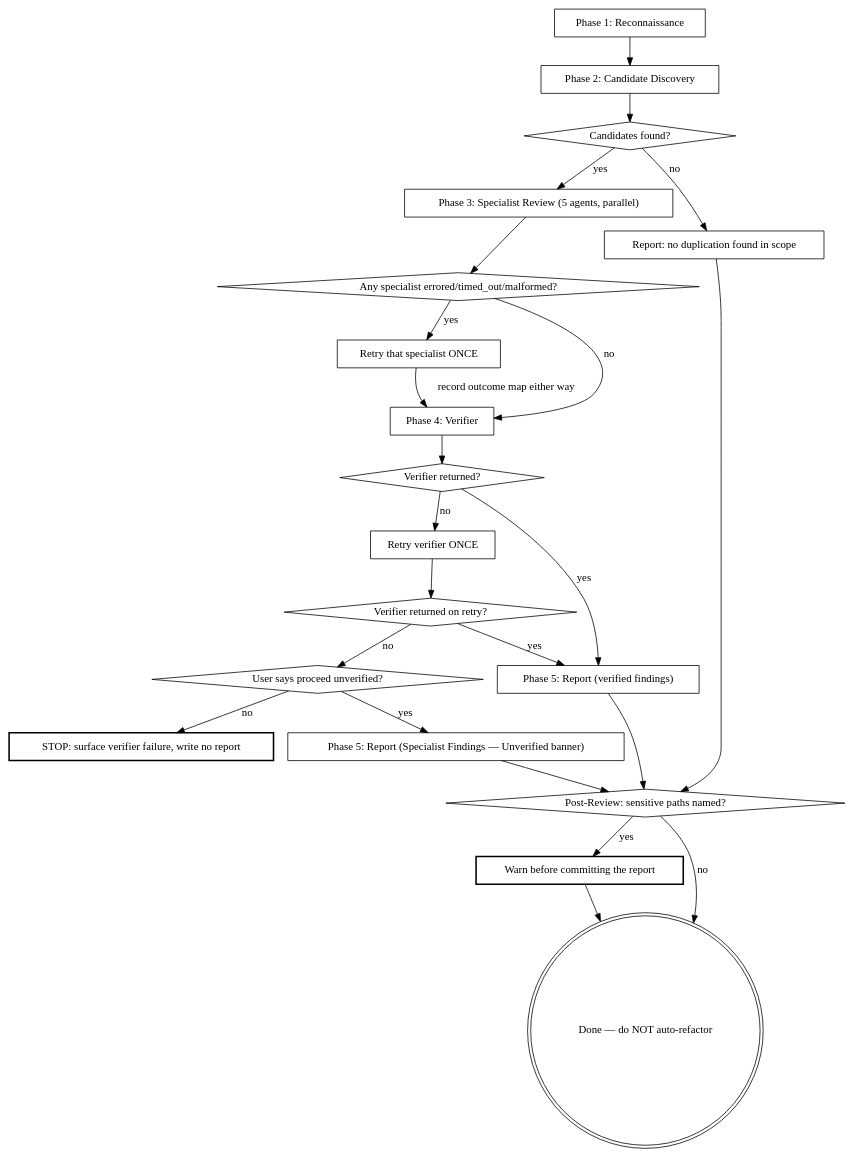
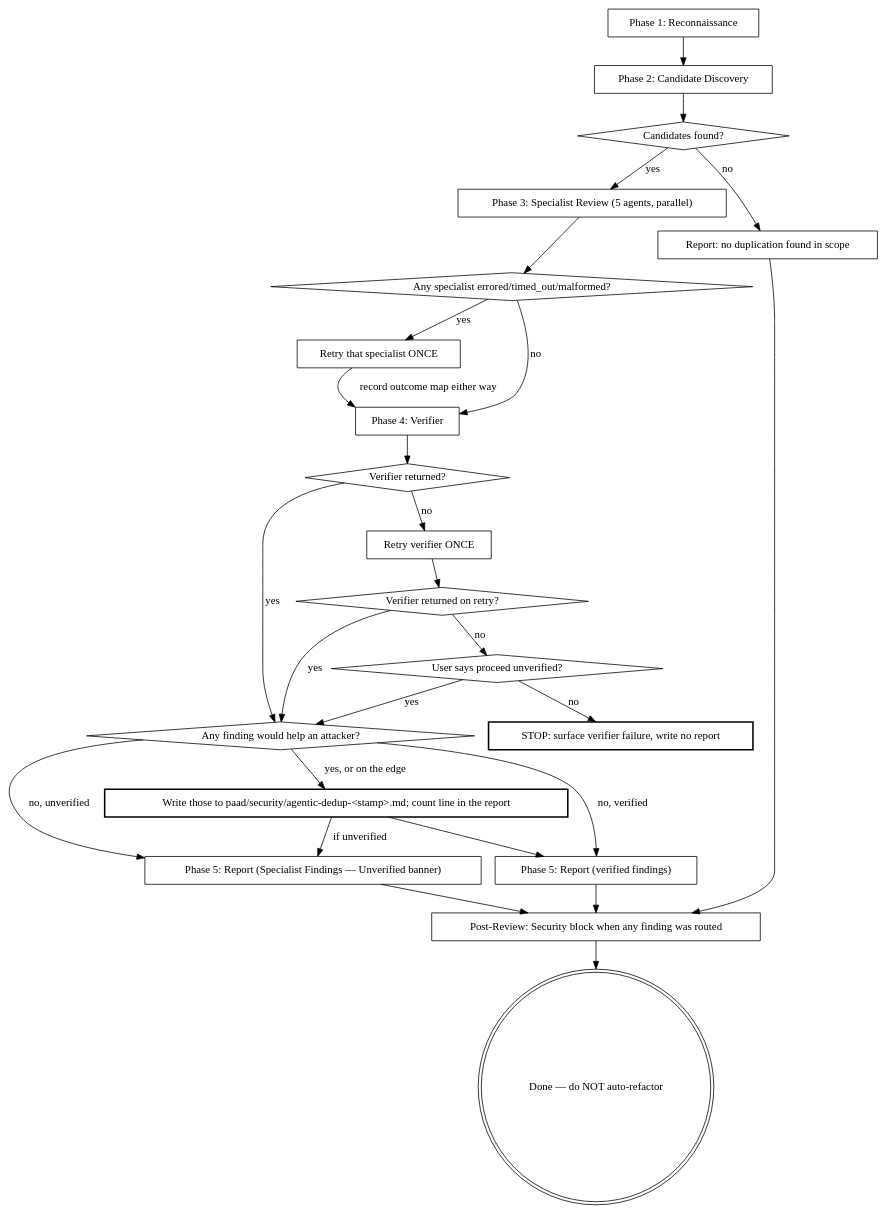
The second of 2 diagrams in preview/paad/skills/agentic-dedup/SKILL.md (Ovid/paad), drawn with Graphviz before and after one commit. The commit also changed other lines of this file, not shown here.

First line of the commit message:
agentic-dedup: route security findings to paad/security/, drop the commit warning

````diff
--- a/preview/paad/skills/agentic-dedup/SKILL.md
+++ b/preview/paad/skills/agentic-dedup/SKILL.md
@@ -49,45 +49,49 @@
 ```dot
 digraph session {
   "Phase 1: Reconnaissance" [shape=box];
   "Phase 2: Candidate Discovery" [shape=box];
   "Candidates found?" [shape=diamond];
   "Phase 3: Specialist Review (5 agents, parallel)" [shape=box];
   "Any specialist errored/timed_out/malformed?" [shape=diamond];
   "Retry that specialist ONCE" [shape=box];
   "Phase 4: Verifier" [shape=box];
   "Verifier returned?" [shape=diamond];
   "Retry verifier ONCE" [shape=box];
   "Verifier returned on retry?" [shape=diamond];
   "User says proceed unverified?" [shape=diamond];
   "STOP: surface verifier failure, write no report" [shape=box, style=bold];
   "Phase 5: Report (verified findings)" [shape=box];
   "Phase 5: Report (Specialist Findings — Unverified banner)" [shape=box];
   "Report: no duplication found in scope" [shape=box];
-  "Post-Review: sensitive paths named?" [shape=diamond];
-  "Warn before committing the report" [shape=box, style=bold];
+  "Any finding would help an attacker?" [shape=diamond];
+  "Write those to paad/security/agentic-dedup-<stamp>.md; count line in the report" [shape=box, style=bold];
+  "Post-Review: Security block when any finding was routed" [shape=box];
   "Done — do NOT auto-refactor" [shape=doublecircle];
 
   "Phase 1: Reconnaissance" -> "Phase 2: Candidate Discovery";
   "Phase 2: Candidate Discovery" -> "Candidates found?";
   "Candidates found?" -> "Report: no duplication found in scope" [label="no"];
   "Candidates found?" -> "Phase 3: Specialist Review (5 agents, parallel)" [label="yes"];
   "Phase 3: Specialist Review (5 agents, parallel)" -> "Any specialist errored/timed_out/malformed?";
   "Any specialist errored/timed_out/malformed?" -> "Retry that specialist ONCE" [label="yes"];
   "Retry that specialist ONCE" -> "Phase 4: Verifier" [label="record outcome map either way"];
   "Any specialist errored/timed_out/malformed?" -> "Phase 4: Verifier" [label="no"];
   "Phase 4: Verifier" -> "Verifier returned?";
-  "Verifier returned?" -> "Phase 5: Report (verified findings)" [label="yes"];
+  "Verifier returned?" -> "Any finding would help an attacker?" [label="yes"];
   "Verifier returned?" -> "Retry verifier ONCE" [label="no"];
   "Retry verifier ONCE" -> "Verifier returned on retry?";
-  "Verifier returned on retry?" -> "Phase 5: Report (verified findings)" [label="yes"];
+  "Verifier returned on retry?" -> "Any finding would help an attacker?" [label="yes"];
   "Verifier returned on retry?" -> "User says proceed unverified?" [label="no"];
-  "User says proceed unverified?" -> "Phase 5: Report (Specialist Findings — Unverified banner)" [label="yes"];
+  "User says proceed unverified?" -> "Any finding would help an attacker?" [label="yes"];
   "User says proceed unverified?" -> "STOP: surface verifier failure, write no report" [label="no"];
-  "Report: no duplication found in scope" -> "Post-Review: sensitive paths named?";
-  "Phase 5: Report (verified findings)" -> "Post-Review: sensitive paths named?";
-  "Phase 5: Report (Specialist Findings — Unverified banner)" -> "Post-Review: sensitive paths named?";
-  "Post-Review: sensitive paths named?" -> "Warn before committing the report" [label="yes"];
-  "Post-Review: sensitive paths named?" -> "Done — do NOT auto-refactor" [label="no"];
-  "Warn before committing the report" -> "Done — do NOT auto-refactor";
+  "Any finding would help an attacker?" -> "Write those to paad/security/agentic-dedup-<stamp>.md; count line in the report" [label="yes, or on the edge"];
+  "Any finding would help an attacker?" -> "Phase 5: Report (verified findings)" [label="no, verified"];
+  "Any finding would help an attacker?" -> "Phase 5: Report (Specialist Findings — Unverified banner)" [label="no, unverified"];
+  "Write those to paad/security/agentic-dedup-<stamp>.md; count line in the report" -> "Phase 5: Report (verified findings)";
+  "Write those to paad/security/agentic-dedup-<stamp>.md; count line in the report" -> "Phase 5: Report (Specialist Findings — Unverified banner)" [label="if unverified"];
+  "Report: no duplication found in scope" -> "Post-Review: Security block when any finding was routed";
+  "Phase 5: Report (verified findings)" -> "Post-Review: Security block when any finding was routed";
+  "Phase 5: Report (Specialist Findings — Unverified banner)" -> "Post-Review: Security block when any finding was routed";
+  "Post-Review: Security block when any finding was routed" -> "Done — do NOT auto-refactor";
 }
 ```
````
